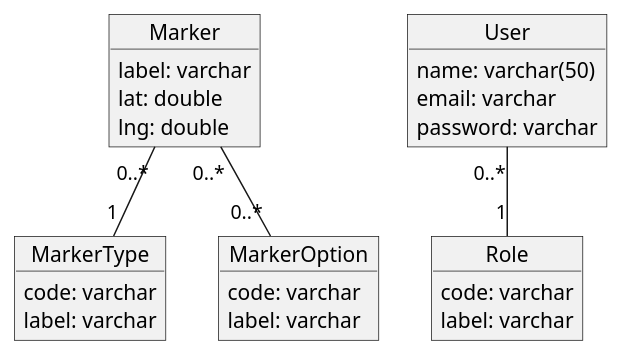
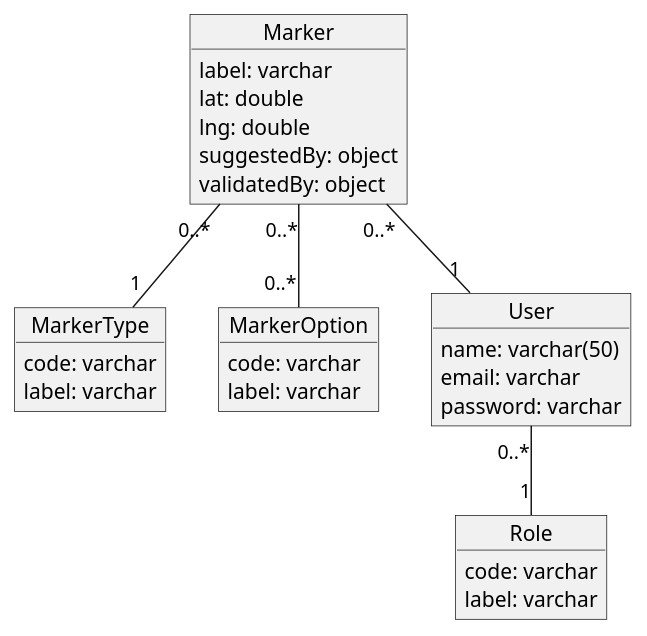
One commit to FreeCaribou/Amarrons changed the diagram in Amarrons_Back_NestJs/plantUml/class.puml. Above: the diagram before and after it, drawn with PlantUML. The commit also changed 6 other files, not shown here.

Commit message:
BE - added notion of marker suggestedBy and validatedBy

```diff
--- a/Amarrons_Back_NestJs/plantUml/class.puml
+++ b/Amarrons_Back_NestJs/plantUml/class.puml
@@ -1,42 +1,39 @@
 @startuml class
 
 object Marker {
   label: varchar
   lat: double
   lng: double
+  suggestedBy: object
+  validatedBy: object
 }
 
 object MarkerType {
   code: varchar
   label: varchar
 }
 
 object MarkerOption {
   code: varchar
   label: varchar
 }
 
 object User {
   ' id: integer PK
   name: varchar(50)
   email: varchar
   password: varchar
 }
 
 object Role {
   ' id: integer PK
   code: varchar
   label: varchar
 }
 
 User "0..*" -- "1" Role
 Marker "0..*" -- "1" MarkerType
 Marker "0..*" -- "0..*" MarkerOption
+Marker "0..*" -- "1" User
 
-' Relationship "0..*" -- "1" User_RelationshipType
-' RelationshipType "1" -- "0..*" User_RelationshipType
-' User_RelationshipType "0..*" -- "1" User
-' Payment "0..*" -- "1" Relationship
-' Payment "0..*" -- "1" User
-' Payment "1" -- "0..*" ReminderDate
 @enduml
```
